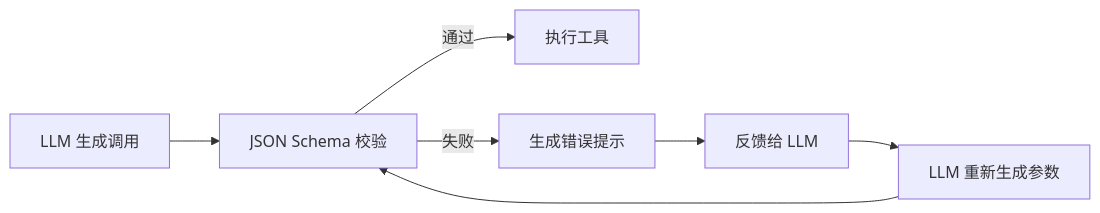
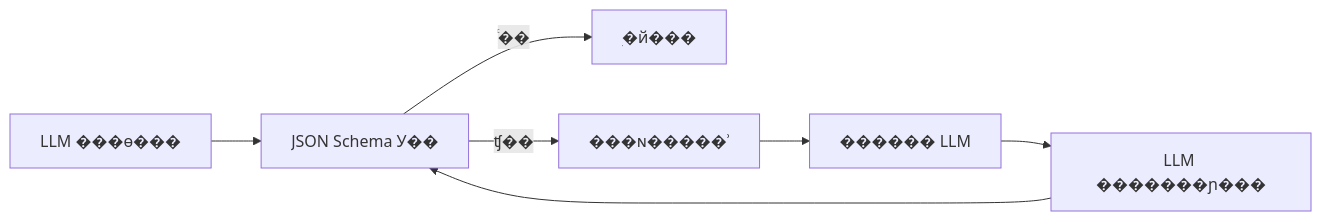
The second of 9 diagrams in content/post/ai-interview/Agent工具调用失败如何处理.zh-CN.md (TimeHunter618/hugo-maid-dev), drawn with Mermaid before and after one commit. The commit also changed other lines of this file and 70 other files, not shown here.

````diff
--- a/content/post/ai-interview/Agent工具调用失败如何处理.zh-CN.md
+++ b/content/post/ai-interview/Agent工具调用失败如何处理.zh-CN.md
@@ -75,9 +75,9 @@
 ```mermaid
 graph LR
-    A[LLM 生成调用] --> B[JSON Schema 校验]
-    B -->|通过| C[执行工具]
-    B -->|失败| D[生成错误提示]
-    D --> E[反馈给 LLM]
-    E --> F[LLM 重新生成参数]
+    A[LLM ���ɵ���] --> B[JSON Schema У��]
+    B -->|ͨ��| C[ִ�й���]
+    B -->|ʧ��| D[���ɴ�����ʾ]
+    D --> E[������ LLM]
+    E --> F[LLM �������ɲ���]
     F --> B
 ```
````
